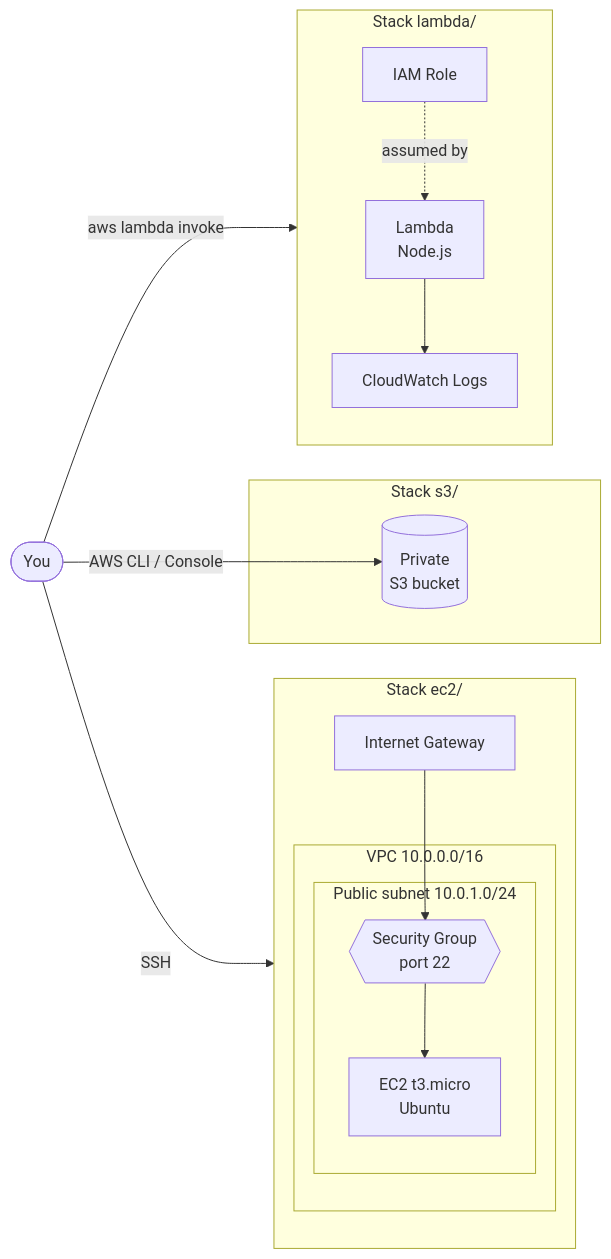
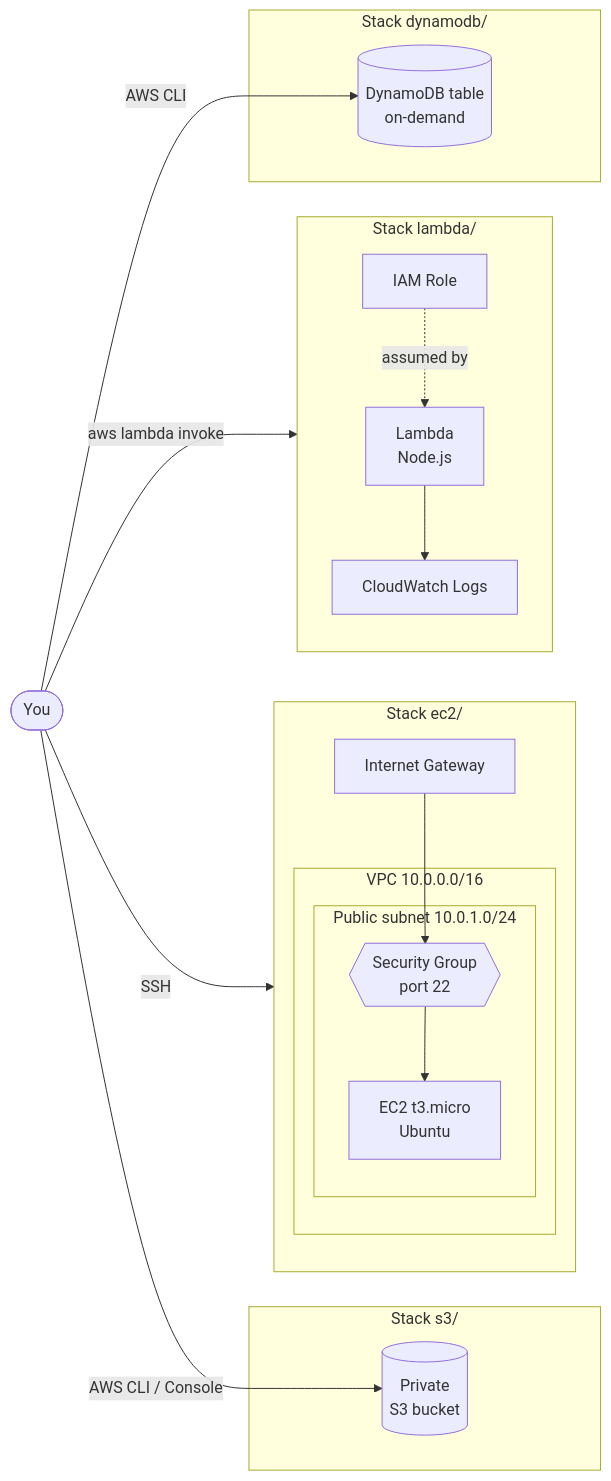
The diagram in README.md (lubjr/learn-terraform-with-aws), drawn with Mermaid before and after one commit. The commit also changed other lines of this file and 11 other files, not shown here.

Commit message:
feat: add dynamodb stack with on-demand table and ttl

````diff
--- a/README.md
+++ b/README.md
@@ -20,33 +21,38 @@
 ```mermaid
 flowchart LR
     user([You])
 
     subgraph ec2stack["Stack ec2/"]
         direction TB
         igw[Internet Gateway]
         subgraph vpc["VPC 10.0.0.0/16"]
             subgraph subnet["Public subnet 10.0.1.0/24"]
                 sg{{Security Group<br/>port 22}}
                 ec2[EC2 t3.micro<br/>Ubuntu]
             end
         end
         igw --> sg --> ec2
     end
 
     subgraph s3stack["Stack s3/"]
         bucket[(Private<br/>S3 bucket)]
     end
 
     subgraph lambdastack["Stack lambda/"]
         direction TB
         fn[Lambda<br/>Node.js]
         role[IAM Role]
         logs[CloudWatch Logs]
         role -. assumed by .-> fn
         fn --> logs
     end
 
+    subgraph dynamodbstack["Stack dynamodb/"]
+        table[(DynamoDB table<br/>on-demand)]
+    end
+
     user -- SSH --> igw
     user -- AWS CLI / Console --> bucket
     user -- aws lambda invoke --> fn
+    user -- AWS CLI --> table
 ```
````
